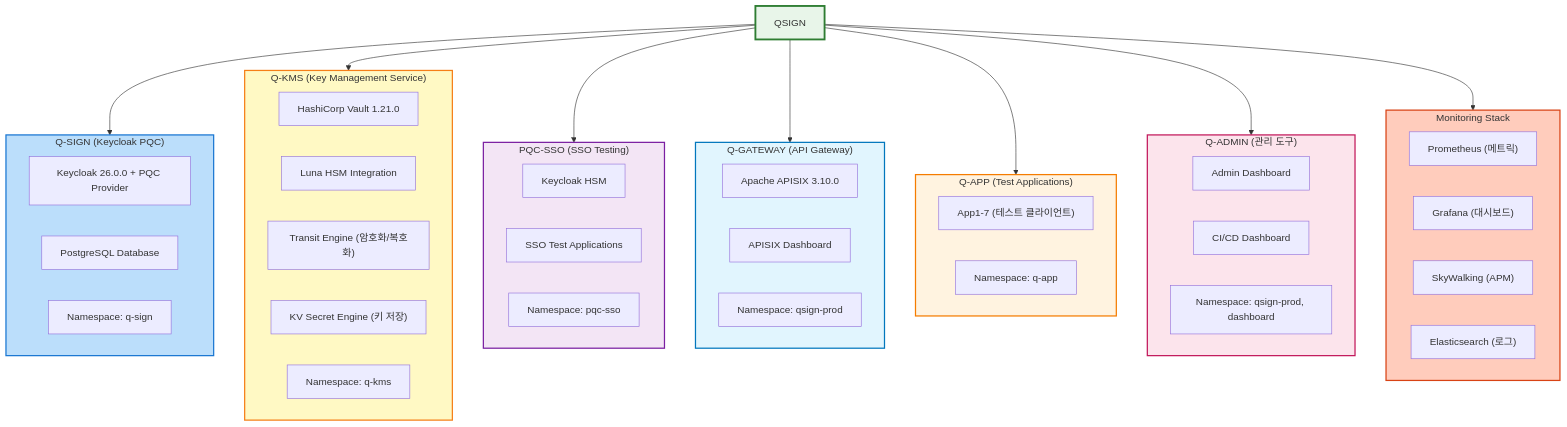
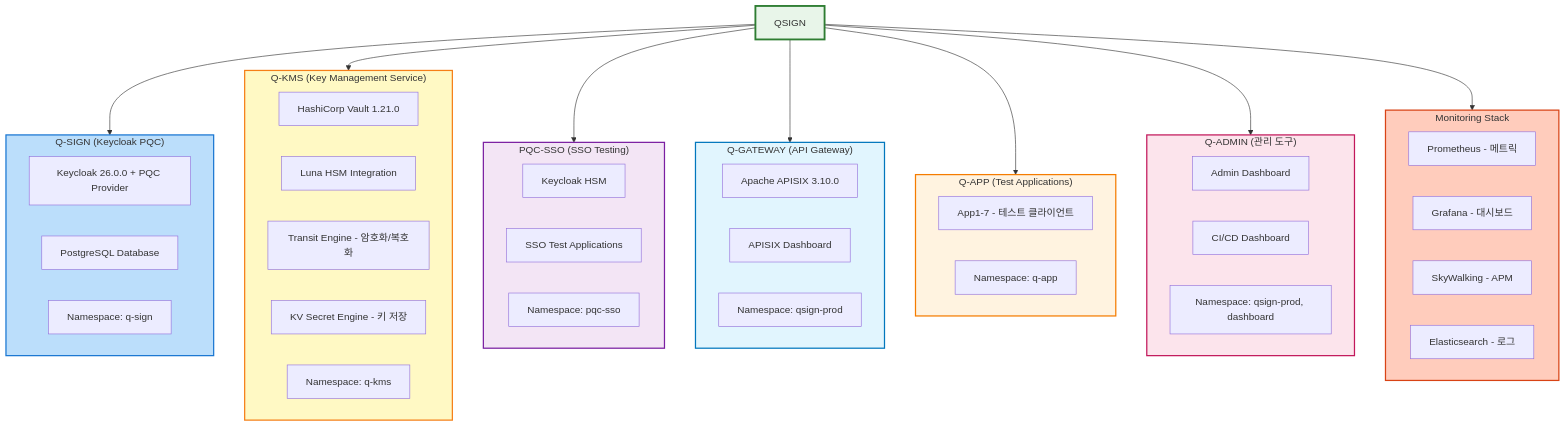
One commit to infeelchoi/q-docs changed the second of 4 diagrams in 00-overview/PROJECT-OVERVIEW.md. Above: the diagram before and after it, drawn with Mermaid. The commit also changed 12 other files, not shown here.

First line of the commit message:
🔧 Mermaid 다이어그램 괄호 패턴 파싱 오류 수정

````diff
--- a/00-overview/PROJECT-OVERVIEW.md
+++ b/00-overview/PROJECT-OVERVIEW.md
@@ -75,65 +75,65 @@
 ```mermaid
 graph TB
     QSIGN["QSIGN"]
 
     subgraph QSign["Q-SIGN (Keycloak PQC)"]
         QS1["Keycloak 26.0.0 + PQC Provider"]
         QS2["PostgreSQL Database"]
         QS3["Namespace: q-sign"]
     end
 
     subgraph QKMS["Q-KMS (Key Management Service)"]
         KMS1["HashiCorp Vault 1.21.0"]
         KMS2["Luna HSM Integration"]
-        KMS3["Transit Engine (암호화/복호화)"]
-        KMS4["KV Secret Engine (키 저장)"]
+        KMS3["Transit Engine - 암호화/복호화"]
+        KMS4["KV Secret Engine - 키 저장"]
         KMS5["Namespace: q-kms"]
     end
 
     subgraph SSO["PQC-SSO (SSO Testing)"]
         SSO1["Keycloak HSM"]
         SSO2["SSO Test Applications"]
         SSO3["Namespace: pqc-sso"]
     end
 
     subgraph Gateway["Q-GATEWAY (API Gateway)"]
         GW1["Apache APISIX 3.10.0"]
         GW2["APISIX Dashboard"]
         GW3["Namespace: qsign-prod"]
     end
 
     subgraph QApp["Q-APP (Test Applications)"]
-        APP1["App1-7 (테스트 클라이언트)"]
+        APP1["App1-7 - 테스트 클라이언트"]
         APP2["Namespace: q-app"]
     end
 
     subgraph QAdmin["Q-ADMIN (관리 도구)"]
         ADM1["Admin Dashboard"]
         ADM2["CI/CD Dashboard"]
         ADM3["Namespace: qsign-prod, dashboard"]
     end
 
     subgraph Monitor["Monitoring Stack"]
-        MON1["Prometheus (메트릭)"]
-        MON2["Grafana (대시보드)"]
-        MON3["SkyWalking (APM)"]
-        MON4["Elasticsearch (로그)"]
+        MON1["Prometheus - 메트릭"]
+        MON2["Grafana - 대시보드"]
+        MON3["SkyWalking - APM"]
+        MON4["Elasticsearch - 로그"]
     end
 
     QSIGN --> QSign
     QSIGN --> QKMS
     QSIGN --> SSO
     QSIGN --> Gateway
     QSIGN --> QApp
     QSIGN --> QAdmin
     QSIGN --> Monitor
 
     style QSIGN fill:#e8f5e9,stroke:#2e7d32,stroke-width:3px
     style QSign fill:#bbdefb,stroke:#1976d2,stroke-width:2px
     style QKMS fill:#fff9c4,stroke:#f57f17,stroke-width:2px
     style SSO fill:#f3e5f5,stroke:#7b1fa2,stroke-width:2px
     style Gateway fill:#e1f5fe,stroke:#0277bd,stroke-width:2px
     style QApp fill:#fff3e0,stroke:#f57c00,stroke-width:2px
     style QAdmin fill:#fce4ec,stroke:#c2185b,stroke-width:2px
     style Monitor fill:#ffccbc,stroke:#d84315,stroke-width:2px
 ```
````
